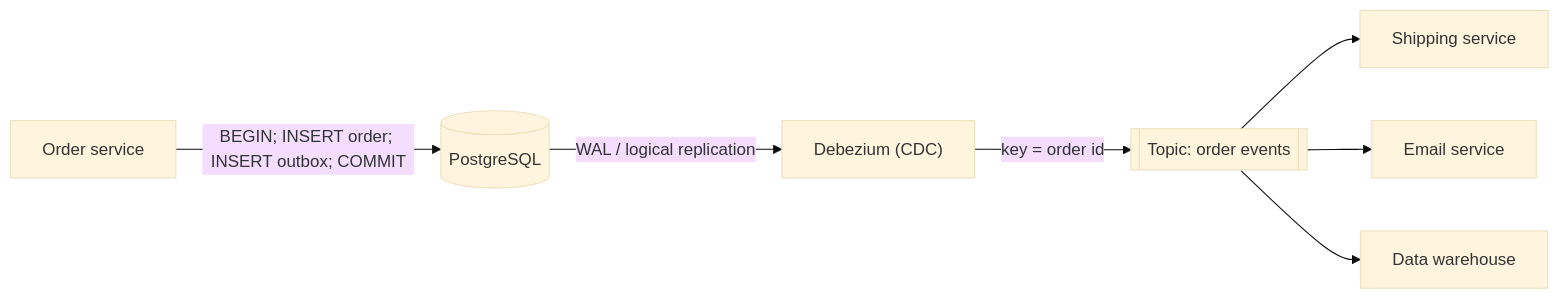
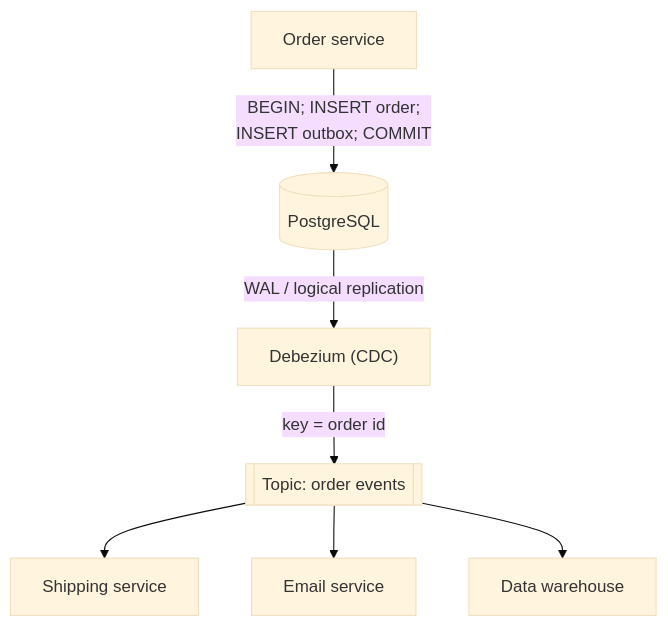
The second of 2 diagrams in src/content/docs/async/event-streaming.mdx (butyavk/system-design), drawn with Mermaid (base theme) before and after one commit. The commit also changed other lines of this file and 144 other files, not shown here.

````diff
--- a/src/content/docs/async/event-streaming.mdx
+++ b/src/content/docs/async/event-streaming.mdx
@@ -108,9 +108,9 @@
 ```mermaid
-flowchart LR
-  api["Order service"] -->|"BEGIN; INSERT order; INSERT outbox; COMMIT"| db[("PostgreSQL")]
+flowchart TB
+  api["Order service"] -->|"BEGIN; INSERT order;<br/>INSERT outbox; COMMIT"| db[("PostgreSQL")]
   db -->|"WAL / logical replication"| cdc["Debezium (CDC)"]
   cdc -->|"key = order id"| topic[["Topic: order events"]]
   topic --> ship["Shipping service"]
   topic --> mail["Email service"]
   topic --> dwh["Data warehouse"]
 ```
````
